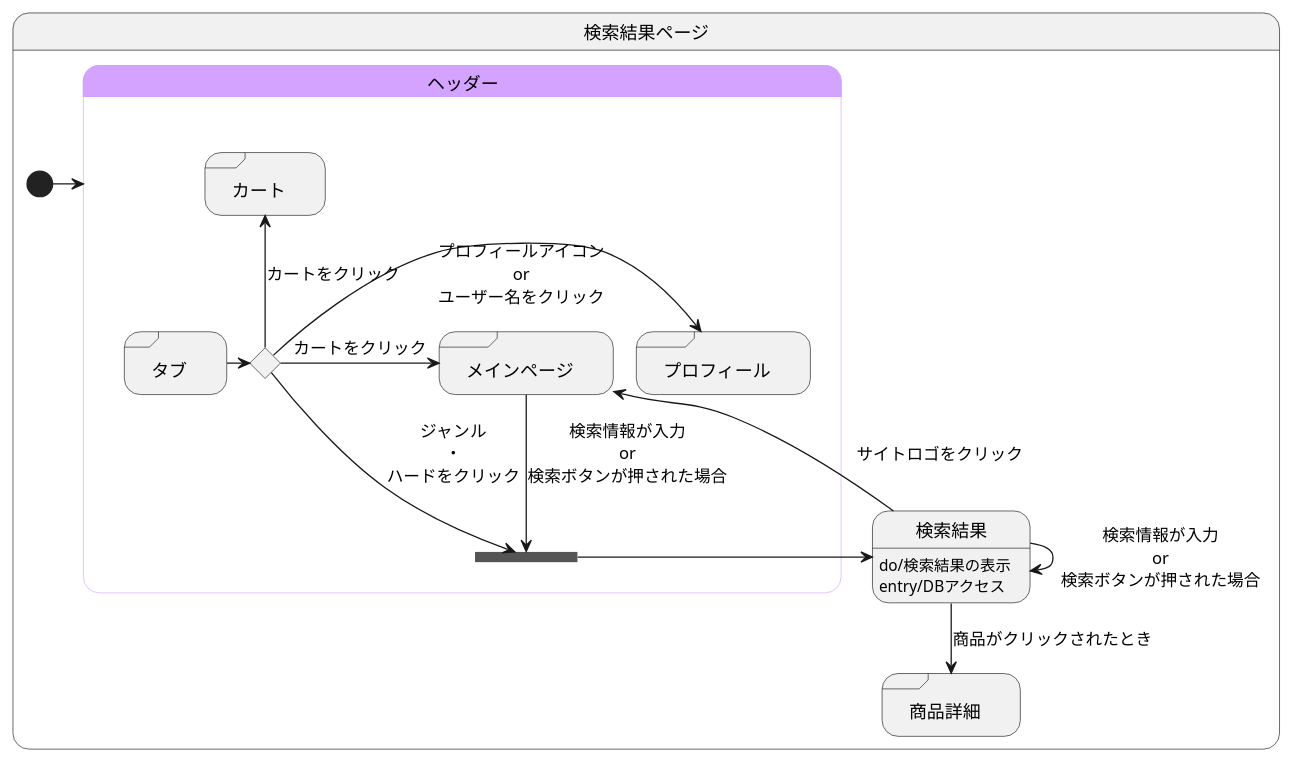
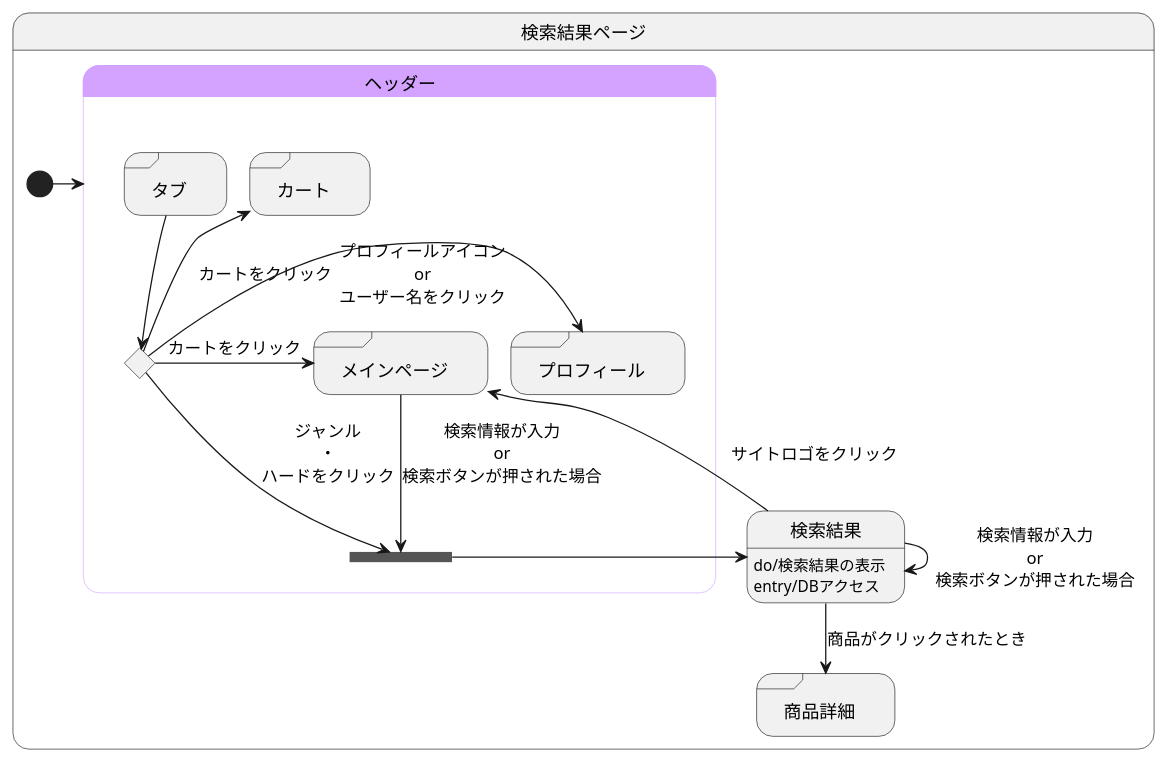
Before and after one commit to akutori/T-D-E: the diagram in 検索結果.md, drawn with PlantUML.

Commit message:
位置の修正

````diff
--- a/検索結果.md
+++ b/検索結果.md
@@ -1,43 +1,43 @@
 ```uml
 @startuml
 state 検索結果ページ{
 
 
     state 検索結果:do/検索結果の表示
     state 検索結果:entry/DBアクセス
     state "商品詳細" as goodsdetail <<sdlreceive>>
     
 
 
     [*] -> ヘッダー
     
     検索結果 --> goodsdetail :商品がクリックされたとき
     検索結果 --> 検索結果 :検索情報が入力\nor\n検索ボタンが押された場合
     
 
     state ヘッダー<<headder>>{
         state join_header <<join>>
         state ifinput <<choice>>
         state "タブ" as tab <<sdlreceive>>
         state "カート" as cart <<sdlreceive>>
         state "プロフィール" as profile <<sdlreceive>>
         state "メインページ" as mainpage <<sdlreceive>>
 
-        tab -right-> ifinput 
+        tab --> ifinput 
         ifinput -up-> cart :カートをクリック
         ifinput -> profile :プロフィールアイコン\nor\nユーザー名をクリック
         ifinput -> mainpage :カートをクリック
         ifinput --> join_header :ジャンル\n・\nハードをクリック
 
         mainpage --> join_header :検索情報が入力\nor\n検索ボタンが押された場合
         検索結果 --> mainpage :サイトロゴをクリック
         join_header -> 検索結果
     }
 
     skinparam stateBorderColor<<headder>> #d3a3ff
     state ヘッダー #d3a3ff
 
 }
 
 @enduml
 ```
````
